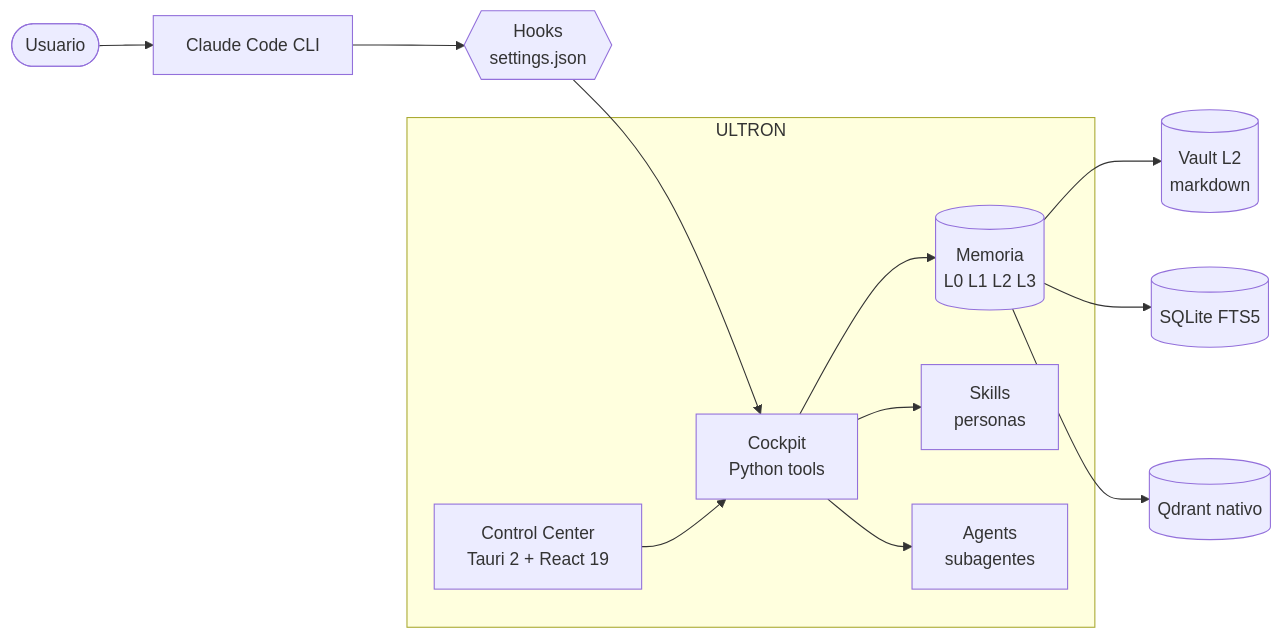
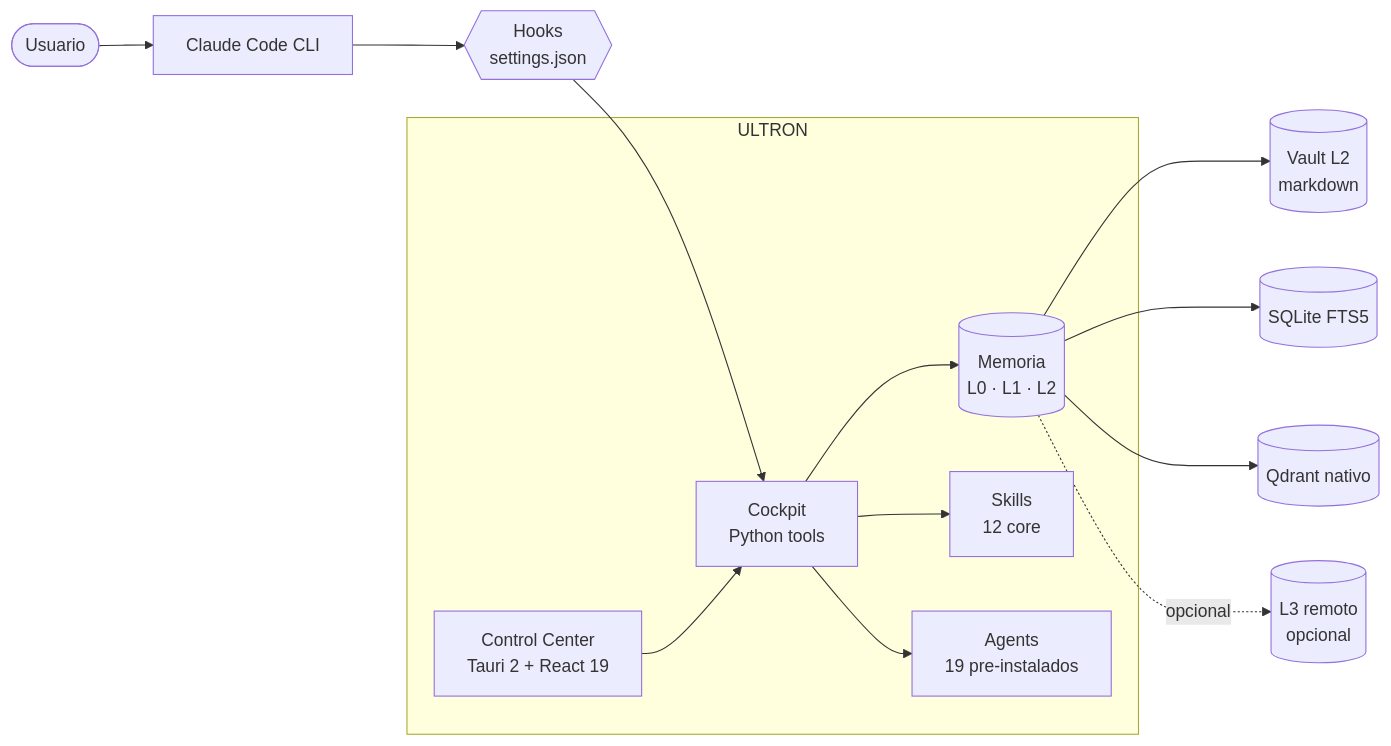
Before and after one commit to SkiTemplar/ultron-control-center: the second of 2 diagrams in README.es.md, drawn with Mermaid. The commit also changed other lines of this file and 15 other files, not shown here.

````diff
--- a/README.es.md
+++ b/README.es.md
@@ -324,27 +275,29 @@
 ```mermaid
 flowchart LR
     User([Usuario])
     CC[Claude Code CLI]
     Hooks{{Hooks<br/>settings.json}}
     subgraph ULTRON
-        Memory[(Memoria<br/>L0 L1 L2 L3)]
-        Skills[Skills<br/>personas]
-        Agents[Agents<br/>subagentes]
+        Memory[(Memoria<br/>L0 · L1 · L2)]
+        Skills[Skills<br/>12 core]
+        Agents[Agents<br/>19 pre-instalados]
         Cockpit[Cockpit<br/>Python tools]
         GUI[Control Center<br/>Tauri 2 + React 19]
     end
     Vault[(Vault L2<br/>markdown)]
     FTS[(SQLite FTS5)]
     Q[(Qdrant nativo)]
+    L3[(L3 remoto<br/>opcional)]
 
     User --> CC
     CC --> Hooks
     Hooks --> Cockpit
     Cockpit --> Memory
     Memory --> Vault
     Memory --> FTS
     Memory --> Q
+    Memory -.opcional.-> L3
     Cockpit --> Skills
     Cockpit --> Agents
     GUI --> Cockpit
 ```
````
